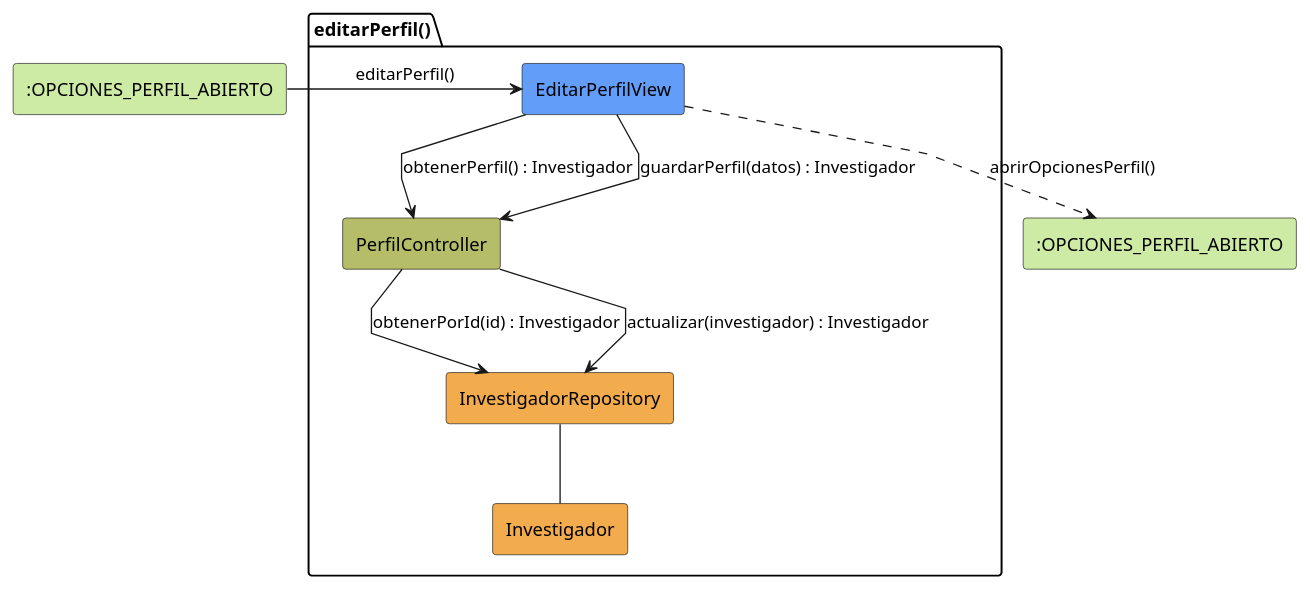
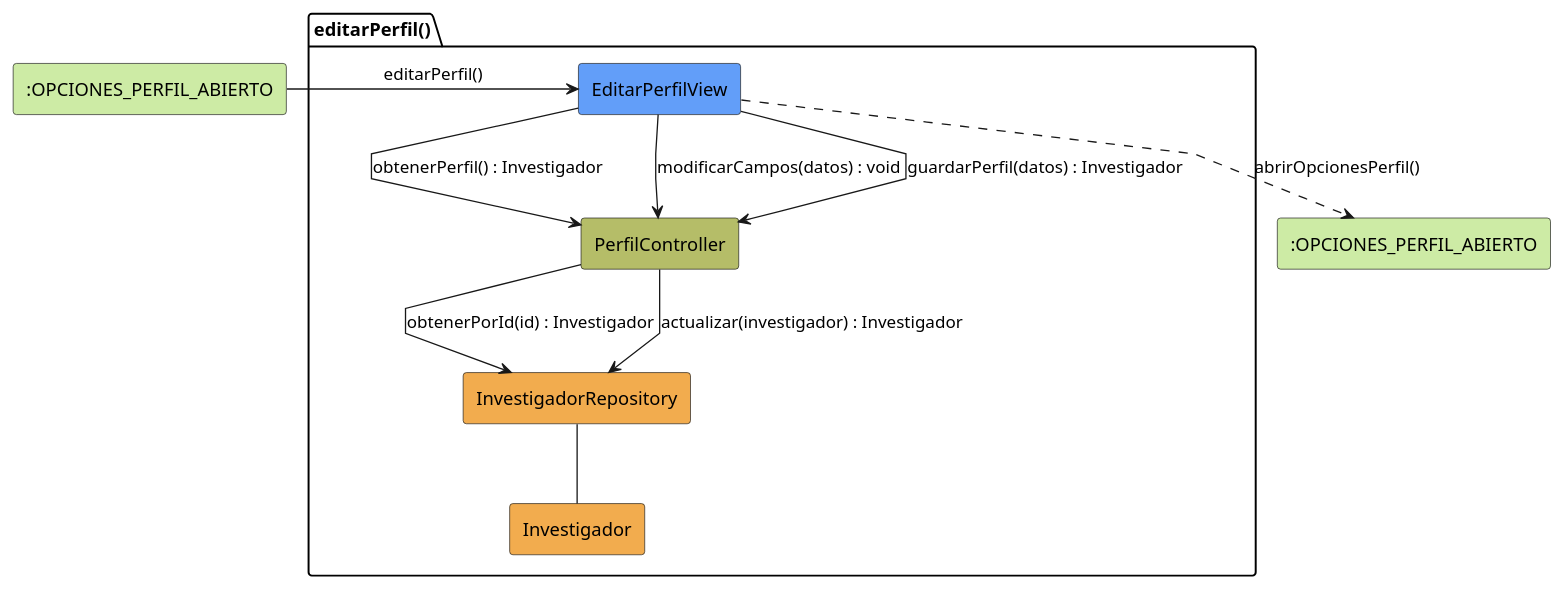
Before and after one commit to 31Diego/25-26-idsw2-sdVC: the diagram in modelosUML/analisis/coordinador/editarPerfil.puml, drawn with PlantUML. The commit also changed 193 other files, not shown here.

```diff
--- a/modelosUML/analisis/coordinador/editarPerfil.puml
+++ b/modelosUML/analisis/coordinador/editarPerfil.puml
@@ -1,29 +1,31 @@
 @startuml editarPerfil-analisis
 skinparam linetype polyline
 
 rectangle #CDEBA5 ":OPCIONES_PERFIL_ABIERTO" as OpcionesPerfilAbierto
 
 package editarPerfil as "editarPerfil()" {
     rectangle #629EF9 EditarPerfilView
     rectangle #b5bd68 PerfilController
     rectangle #F2AC4E InvestigadorRepository
     rectangle #F2AC4E Investigador
 }
 
 rectangle #CDEBA5 ":OPCIONES_PERFIL_ABIERTO" as OpcionesPerfilSalida
 
 OpcionesPerfilAbierto -r-> EditarPerfilView: editarPerfil()
 
 EditarPerfilView -d-> PerfilController: obtenerPerfil() : Investigador
 
 PerfilController --> InvestigadorRepository: obtenerPorId(id) : Investigador
 
 InvestigadorRepository -- Investigador
 
+EditarPerfilView --> PerfilController: modificarCampos(datos) : void
+
 EditarPerfilView --> PerfilController: guardarPerfil(datos) : Investigador
 
 PerfilController --> InvestigadorRepository: actualizar(investigador) : Investigador
 
 EditarPerfilView ..> OpcionesPerfilSalida: abrirOpcionesPerfil()
 
 @enduml
```
